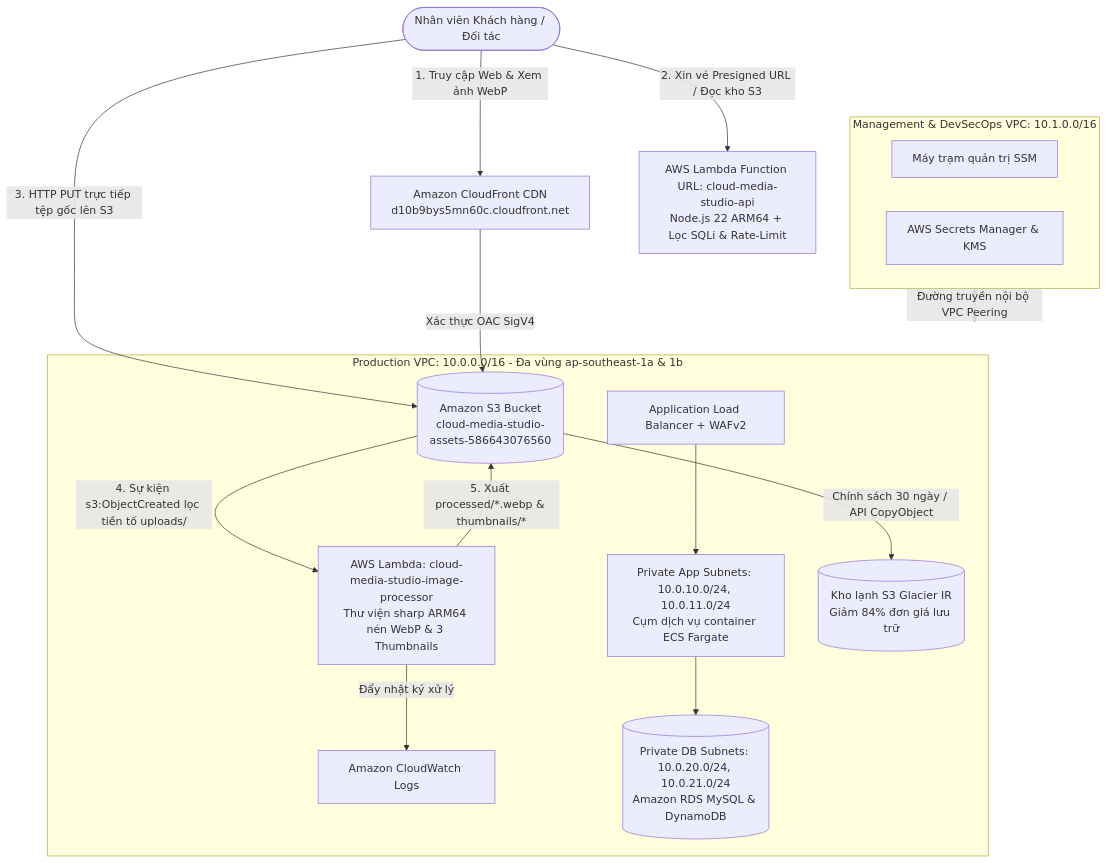
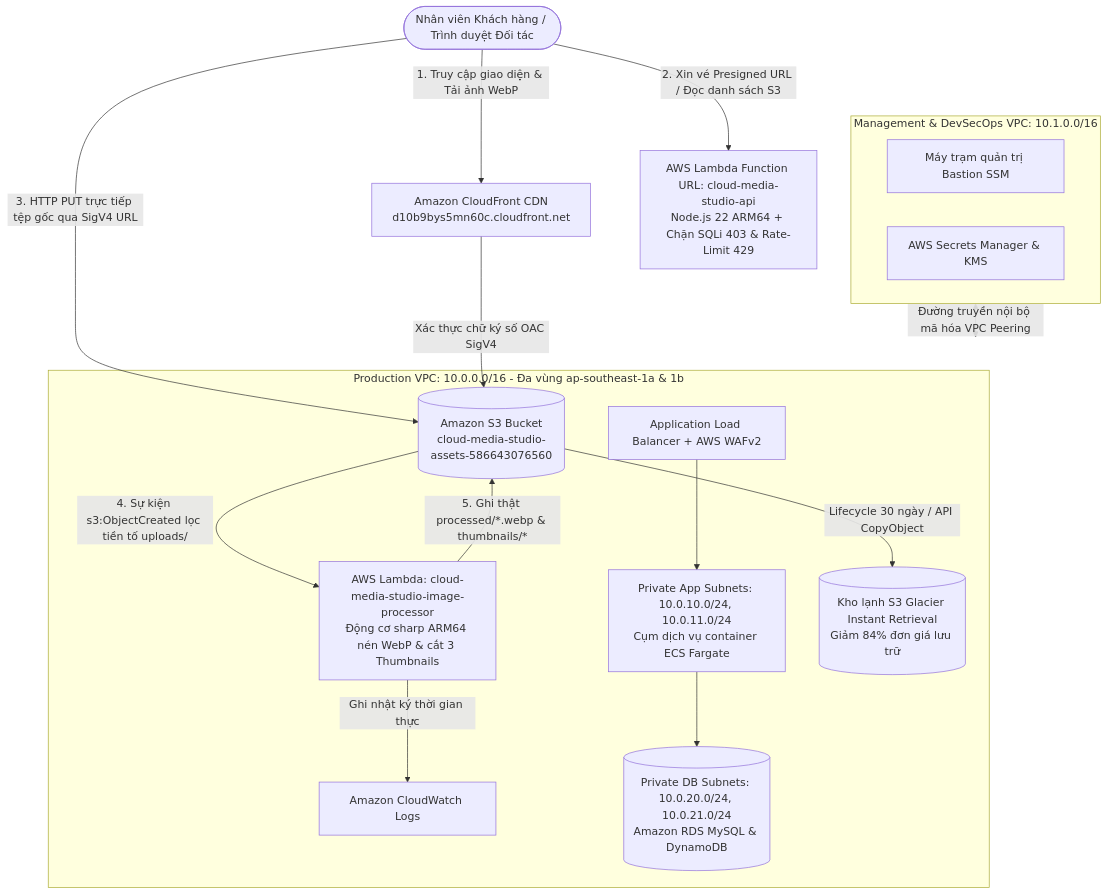
The first of 2 diagrams in BAO_CAO_DU_AN_CLOUD_MEDIA_STUDIO.md (adminenterprise/cloud-media-studio), drawn with Mermaid before and after one commit. The commit also changed other lines of this file and 1 other file, not shown here.

````diff
--- a/BAO_CAO_DU_AN_CLOUD_MEDIA_STUDIO.md
+++ b/BAO_CAO_DU_AN_CLOUD_MEDIA_STUDIO.md
@@ -82,23 +240,23 @@
 ```mermaid
 flowchart TD
-    User([Nhân viên Khách hàng / Đối tác]) -->|1. Truy cập Web & Xem ảnh WebP| CF[Amazon CloudFront CDN\nd10b9bys5mn60c.cloudfront.net]
-    User -->|2. Xin vé Presigned URL / Đọc kho S3| API[AWS Lambda Function URL: cloud-media-studio-api\nNode.js 22 ARM64 + Lọc SQLi & Rate-Limit]
-    User -->|3. HTTP PUT trực tiếp tệp gốc lên S3| S3[(Amazon S3 Bucket\ncloud-media-studio-assets-586643076560)]
-    CF -->|Xác thực OAC SigV4| S3
+    Client([Nhân viên Khách hàng / Trình duyệt Đối tác]) -->|1. Truy cập giao diện & Tải ảnh WebP| CF[Amazon CloudFront CDN\nd10b9bys5mn60c.cloudfront.net]
+    Client -->|2. Xin vé Presigned URL / Đọc danh sách S3| API[AWS Lambda Function URL: cloud-media-studio-api\nNode.js 22 ARM64 + Chặn SQLi 403 & Rate-Limit 429]
+    Client -->|3. HTTP PUT trực tiếp tệp gốc qua SigV4 URL| S3[(Amazon S3 Bucket\ncloud-media-studio-assets-586643076560)]
+    CF -->|Xác thực chữ ký số OAC SigV4| S3
 
     subgraph ProdVPC [Production VPC: 10.0.0.0/16 - Đa vùng ap-southeast-1a & 1b]
-        ALB[Application Load Balancer + WAFv2] --> ECS[Private App Subnets: 10.0.10.0/24, 10.0.11.0/24\nCụm dịch vụ container ECS Fargate]
-        S3 -->|4. Sự kiện s3:ObjectCreated lọc tiền tố uploads/| Proc[AWS Lambda: cloud-media-studio-image-processor\nThư viện sharp ARM64 nén WebP & 3 Thumbnails]
-        Proc -->|5. Xuất processed/*.webp & thumbnails/*| S3
-        Proc -->|Đẩy nhật ký xử lý| CW[Amazon CloudWatch Logs]
+        ALB[Application Load Balancer + AWS WAFv2] --> ECS[Private App Subnets: 10.0.10.0/24, 10.0.11.0/24\nCụm dịch vụ container ECS Fargate]
+        S3 -->|4. Sự kiện s3:ObjectCreated lọc tiền tố uploads/| Proc[AWS Lambda: cloud-media-studio-image-processor\nĐộng cơ sharp ARM64 nén WebP & cắt 3 Thumbnails]
+        Proc -->|5. Ghi thật processed/*.webp & thumbnails/*| S3
+        Proc -->|Ghi nhật ký thời gian thực| CW[Amazon CloudWatch Logs]
         ECS --> DB[(Private DB Subnets: 10.0.20.0/24, 10.0.21.0/24\nAmazon RDS MySQL & DynamoDB)]
-        S3 -->|Chính sách 30 ngày / API CopyObject| Glacier[(Kho lạnh S3 Glacier IR\nGiảm 84% đơn giá lưu trữ)]
+        S3 -->|Lifecycle 30 ngày / API CopyObject| Glacier[(Kho lạnh S3 Glacier Instant Retrieval\nGiảm 84% đơn giá lưu trữ)]
     end
 
     subgraph MgmtVPC [Management & DevSecOps VPC: 10.1.0.0/16]
-        Bastion[Máy trạm quản trị SSM]
+        Bastion[Máy trạm quản trị Bastion SSM]
         Vault[AWS Secrets Manager & KMS]
     end
 
-    MgmtVPC <-->|Đường truyền nội bộ VPC Peering| ProdVPC
+    MgmtVPC <-->|Đường truyền nội bộ mã hóa VPC Peering| ProdVPC
 ```
````
